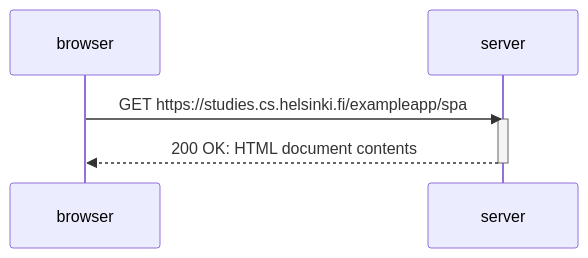
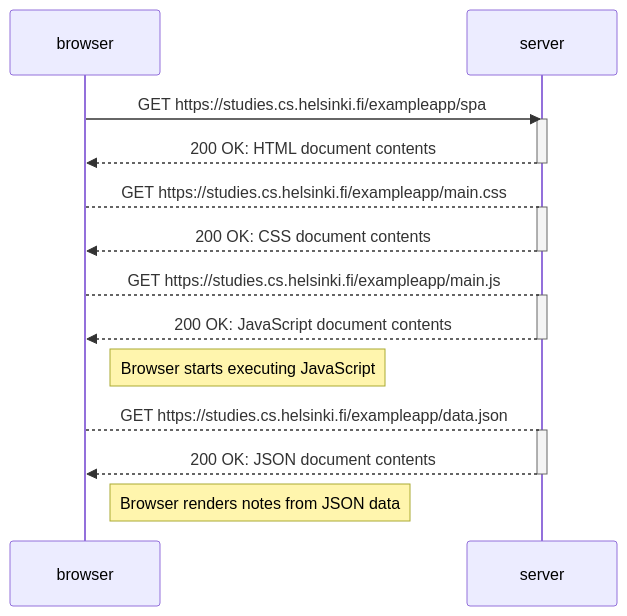
One commit to jpirhel/fullstackopen-2023-12 changed the second of 3 diagrams in part0/assignments.md. Above: the diagram before and after it, drawn with Mermaid. The commit also changed other lines of this file, not shown here.

````diff
--- a/part0/assignments.md
+++ b/part0/assignments.md
@@ -54,15 +54,34 @@
 ```mermaid
 
 sequenceDiagram
     participant browser
     participant server
     
     browser ->> server: GET https://studies.cs.helsinki.fi/exampleapp/spa
     
     activate server
     server -->> browser: 200 OK: HTML document contents
     deactivate server
 
-    
+    browser --> server: GET https://studies.cs.helsinki.fi/exampleapp/main.css
 
+    activate server
+    server -->> browser: 200 OK: CSS document contents
+    deactivate server
+
+    browser --> server: GET https://studies.cs.helsinki.fi/exampleapp/main.js
+
+    activate server
+    server -->> browser: 200 OK: JavaScript document contents
+    deactivate server
+
+    Note right of browser: Browser starts executing JavaScript
+
+    browser --> server: GET https://studies.cs.helsinki.fi/exampleapp/data.json
+
+    activate server
+    server -->> browser: 200 OK: JSON document contents
+    deactivate server
+
+    Note right of browser: Browser renders notes from JSON data
 ```
````
